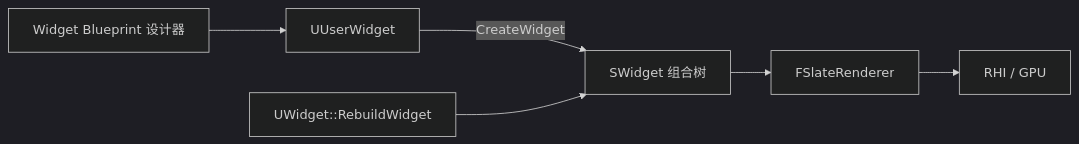
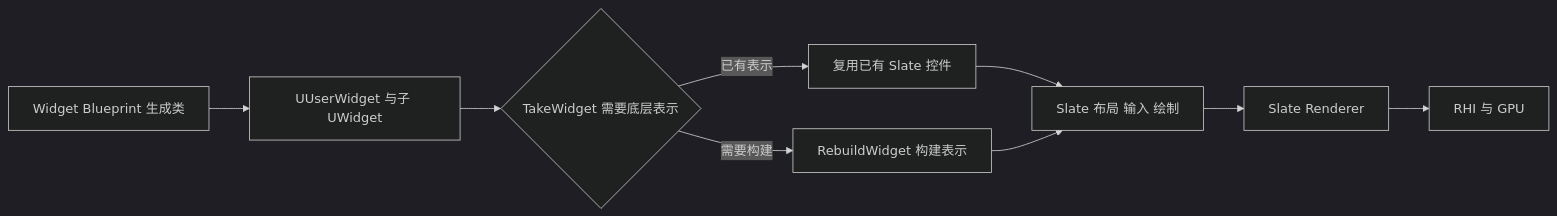
One commit to fantuan812/learning changed the second of 7 diagrams in 知识/05-Gameplay与交互系统/界面设置与无障碍/01-UMG框架与控件系统.md. Above: the diagram before and after it, drawn with Mermaid (dark theme). The commit also changed other lines of this file and 1 other file, not shown here.

````diff
--- a/知识/05-Gameplay与交互系统/界面设置与无障碍/01-UMG框架与控件系统.md
+++ b/知识/05-Gameplay与交互系统/界面设置与无障碍/01-UMG框架与控件系统.md
@@ -97,8 +245,11 @@
 ```mermaid
 flowchart LR
-    A[UUserWidget] -->|CreateWidget| B[SWidget 组合树]
-    B --> C[FSlateRenderer]
-    C --> D[RHI / GPU]
-    E[UWidget::RebuildWidget] --> B
-    F[Widget Blueprint 设计器] --> A
+    A[Widget Blueprint 生成类] --> B[UUserWidget 与子 UWidget]
+    B --> C{TakeWidget 需要底层表示}
+    C -->|已有表示| D[复用已有 Slate 控件]
+    C -->|需要构建| E[RebuildWidget 构建表示]
+    D --> F[Slate 布局 输入 绘制]
+    E --> F
+    F --> G[Slate Renderer]
+    G --> H[RHI 与 GPU]
 ```
````
